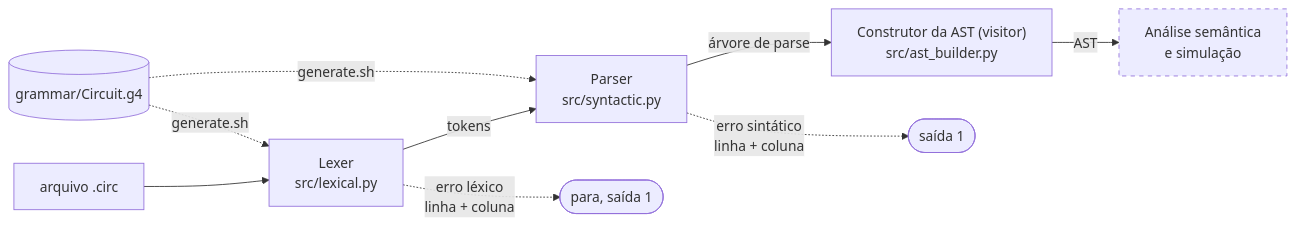
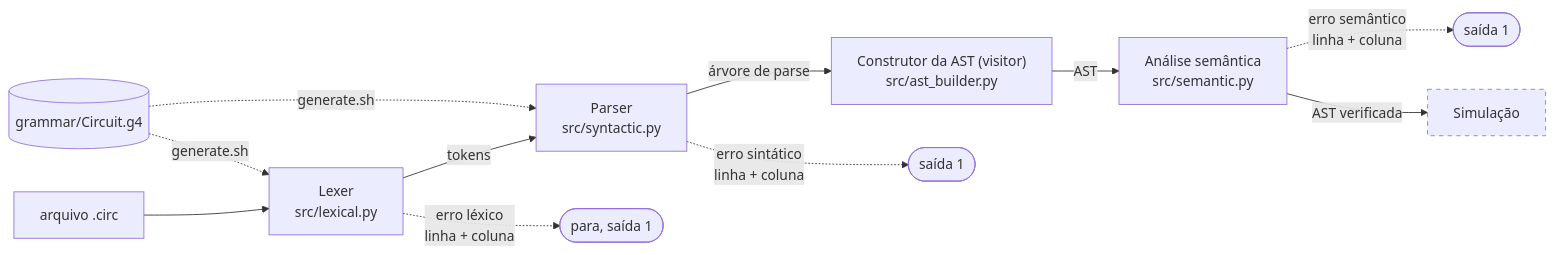
The diagram in README.pt-BR.md (Luckleal/circuito-lang), drawn with Mermaid before and after one commit. The commit also changed other lines of this file and 2 other files, not shown here.

First line of the commit message:
Document the semantic analysis

````diff
--- a/README.pt-BR.md
+++ b/README.pt-BR.md
@@ -131,13 +132,15 @@
 ```mermaid
 flowchart LR
     A["arquivo .circ"] --> B["Lexer<br/>src/lexical.py"]
     B -- "tokens" --> C["Parser<br/>src/syntactic.py"]
     B -. "erro léxico<br/>linha + coluna" .-> E1(["para, saída 1"])
     C -- "árvore de parse" --> V["Construtor da AST (visitor)<br/>src/ast_builder.py"]
-    V -- "AST" --> D["Análise semântica<br/>e simulação"]
+    V -- "AST" --> D["Análise semântica<br/>src/semantic.py"]
     C -. "erro sintático<br/>linha + coluna" .-> E2(["saída 1"])
+    D -. "erro semântico<br/>linha + coluna" .-> E3(["saída 1"])
+    D -- "AST verificada" --> F["Simulação"]
     G[("grammar/Circuit.g4")] -. "generate.sh" .-> B
     G -. "generate.sh" .-> C
     classDef todo stroke-dasharray: 5 5
-    class D todo
+    class F todo
 ```
````
